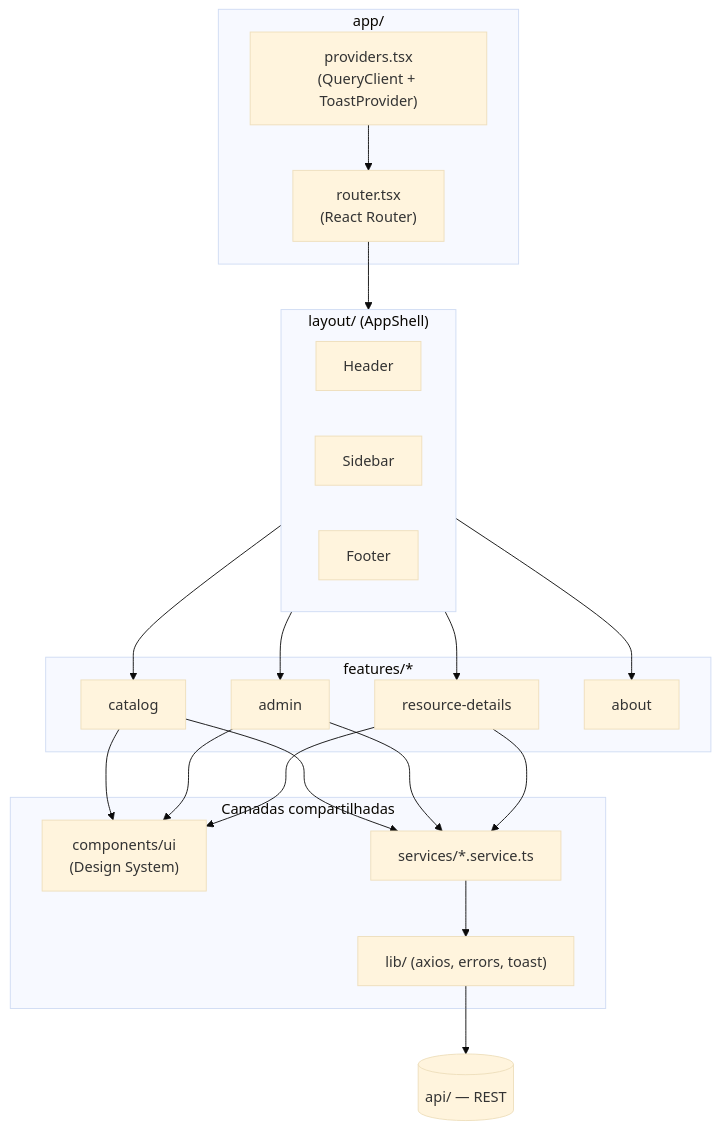
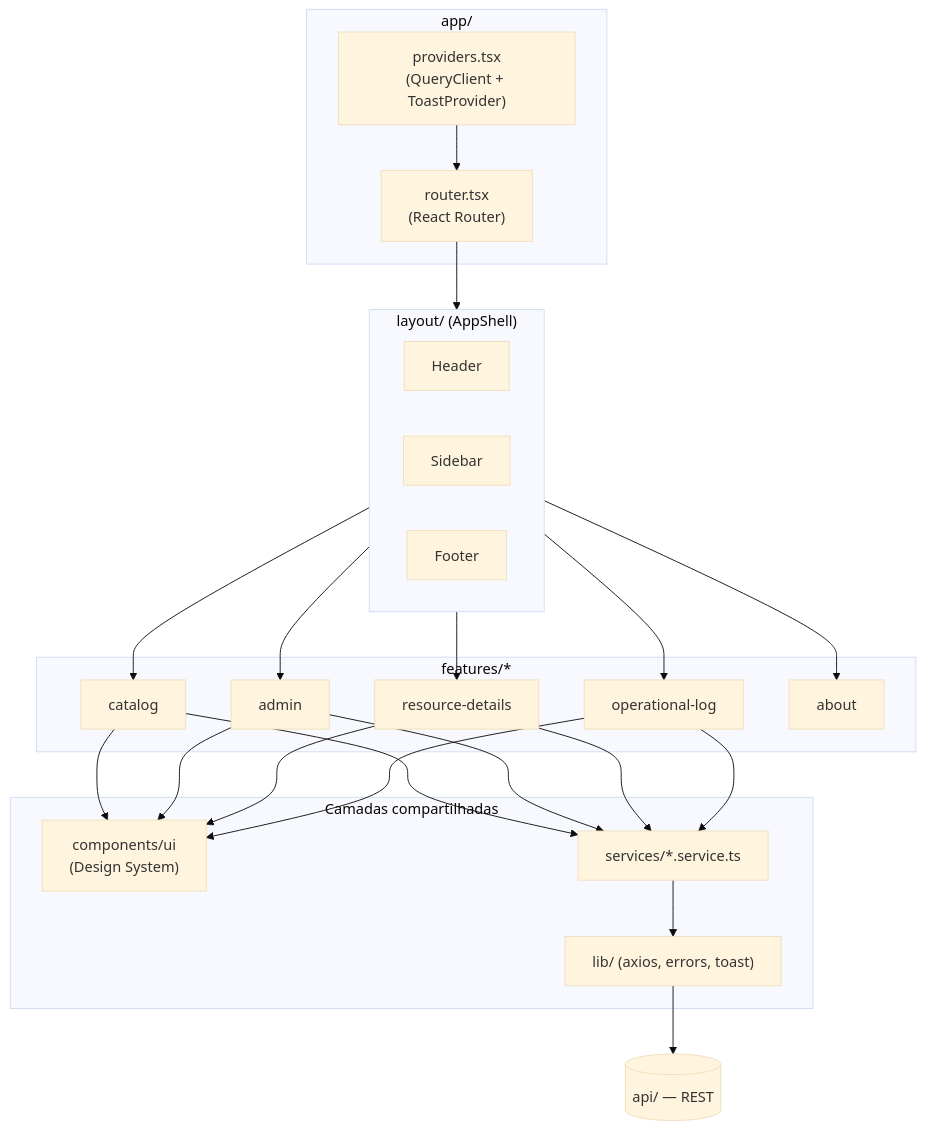
Before and after one commit to alanerochaa/buni-api-hub-web: the first of 2 diagrams in README.md, drawn with Mermaid (base theme). The commit also changed other lines of this file and 16 other files, not shown here.

````diff
--- a/README.md
+++ b/README.md
@@ -67,35 +67,36 @@
 ```mermaid
 flowchart TB
     subgraph App["app/"]
         Router["router.tsx<br/>(React Router)"]
         Providers["providers.tsx<br/>(QueryClient + ToastProvider)"]
     end
 
     subgraph Shell["layout/ (AppShell)"]
         Header
         Sidebar
         Footer
     end
 
     subgraph Features["features/*"]
         Catalog["catalog"]
         Admin["admin"]
         Details["resource-details"]
+        Log["operational-log"]
         About["about"]
     end
 
     subgraph Shared["Camadas compartilhadas"]
         UI["components/ui<br/>(Design System)"]
         Services["services/*.service.ts"]
         Lib["lib/ (axios, errors, toast)"]
     end
 
     API[("api/ — REST")]
 
     Providers --> Router
     Router --> Shell
-    Shell --> Catalog & Admin & Details & About
-    Catalog & Admin & Details --> UI
-    Catalog & Admin & Details --> Services
+    Shell --> Catalog & Admin & Details & Log & About
+    Catalog & Admin & Details & Log --> UI
+    Catalog & Admin & Details & Log --> Services
     Services --> Lib --> API
 ```
````
